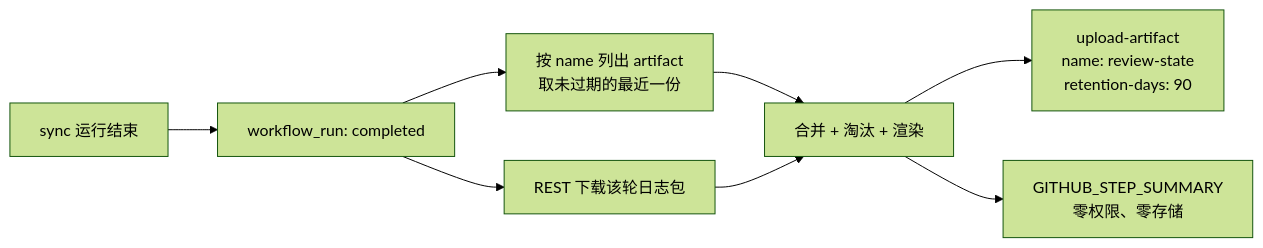
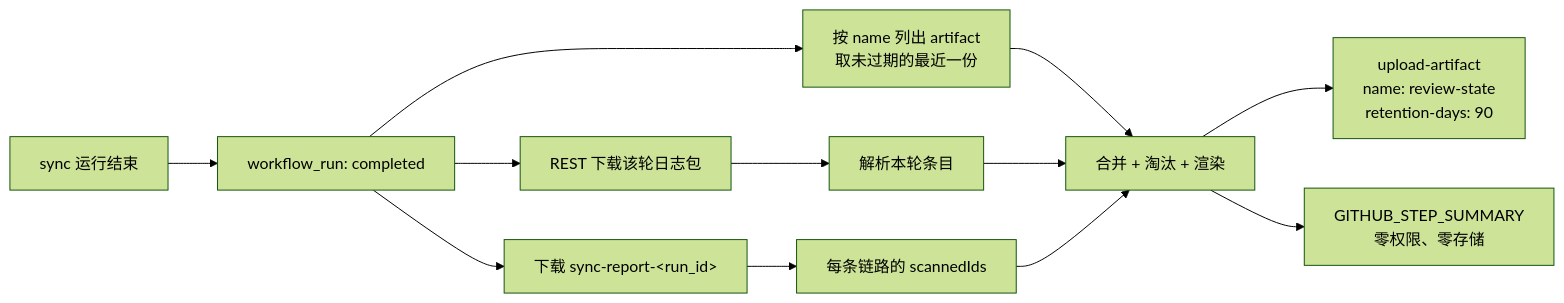
The second of 2 diagrams in docs/review-queue.md (sachikoakina/Audiovisual-Transporter), drawn with Mermaid (forest theme) before and after one commit. The commit also changed other lines of this file and 11 other files, not shown here.

````diff
--- a/docs/review-queue.md
+++ b/docs/review-queue.md
@@ -108,10 +111,14 @@
 ```mermaid
 flowchart LR
   S[sync 运行结束] --> T[workflow_run: completed]
   T --> R[按 name 列出 artifact<br/>取未过期的最近一份]
   R --> M[合并 + 淘汰 + 渲染]
   T --> L[REST 下载该轮日志包]
-  L --> M
+  T --> J[下载 sync-report-&lt;run_id&gt;]
+  L --> P[解析本轮条目]
+  J --> C[每条链路的 scannedIds]
+  P --> M
+  C --> M
   M --> U[upload-artifact<br/>name: review-state<br/>retention-days: 90]
   M --> Y[GITHUB_STEP_SUMMARY<br/>零权限、零存储]
 ```
````
